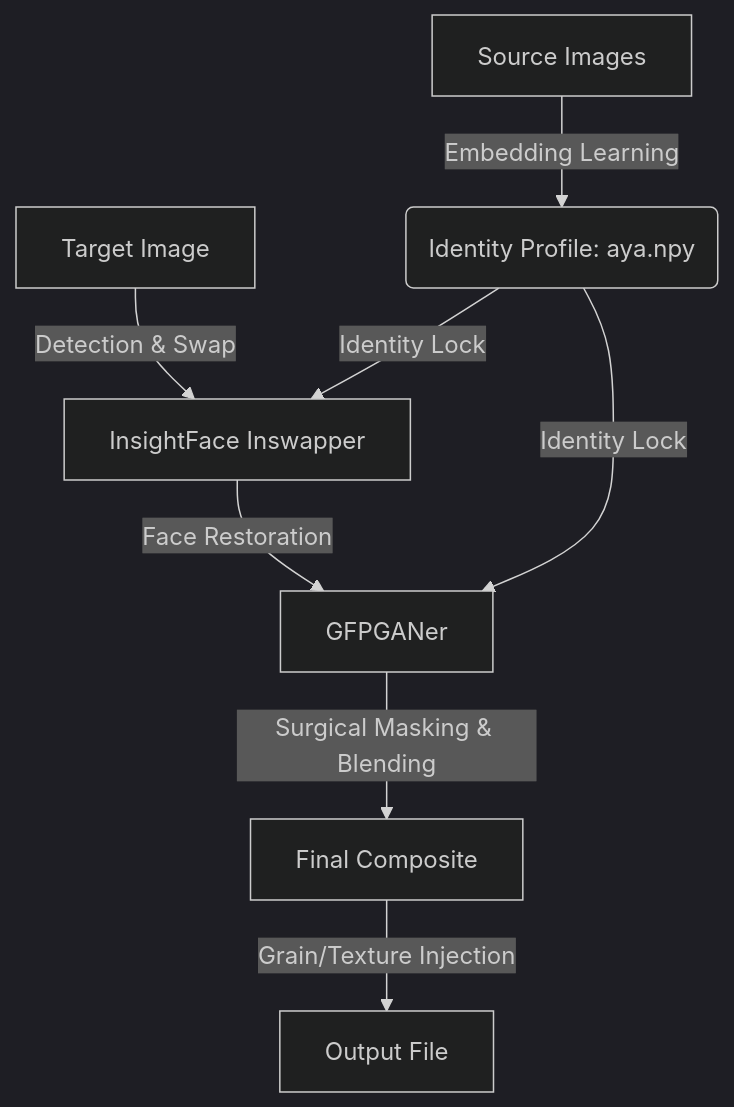
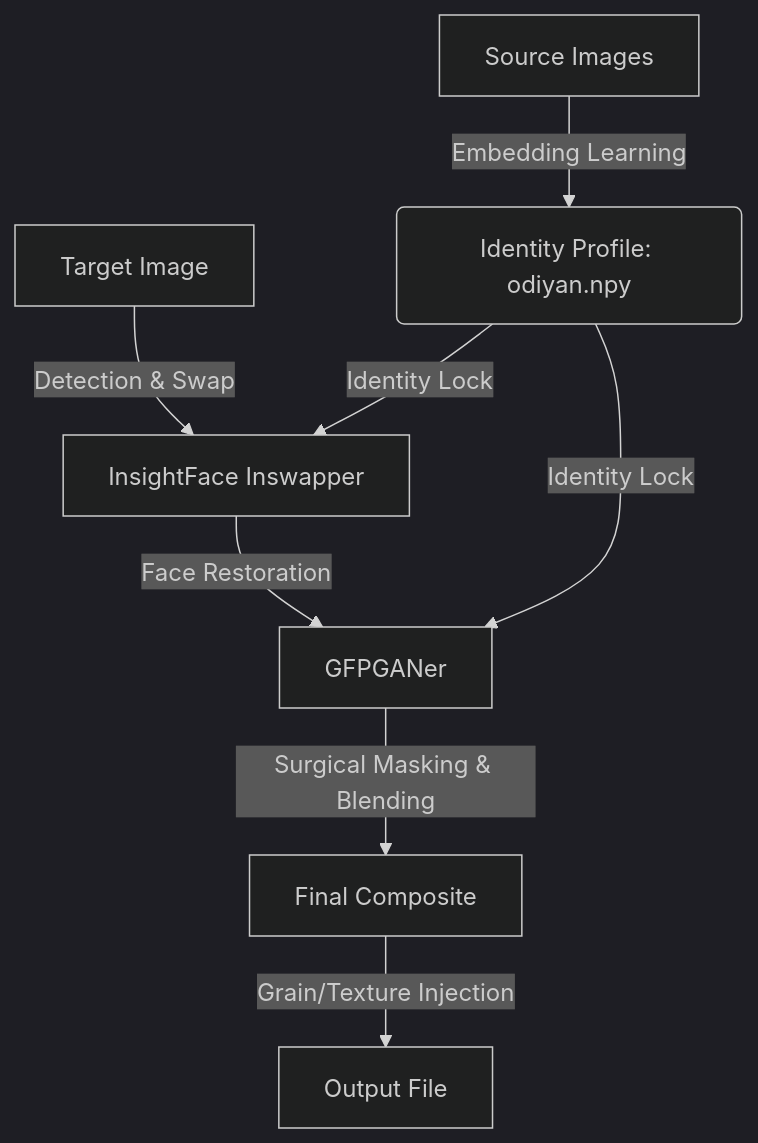
Before and after one commit to aarshps/surgical-person-swap-pipeline: the diagram in ARCHITECTURE.md, drawn with Mermaid (dark theme). The commit also changed other lines of this file and 9 other files, not shown here.

````diff
--- a/ARCHITECTURE.md
+++ b/ARCHITECTURE.md
@@ -7,10 +7,10 @@
 ```mermaid
 graph TD
-    A[Source Images] -->|Embedding Learning| B(Identity Profile: aya.npy)
+    A[Source Images] -->|Embedding Learning| B(Identity Profile: odiyan.npy)
     C[Target Image] -->|Detection & Swap| D[InsightFace Inswapper]
     D -->|Face Restoration| E[GFPGANer]
     E -->|Surgical Masking & Blending| F[Final Composite]
     B -->|Identity Lock| D
     B -->|Identity Lock| E
     F -->|Grain/Texture Injection| G[Output File]
 ```
````
